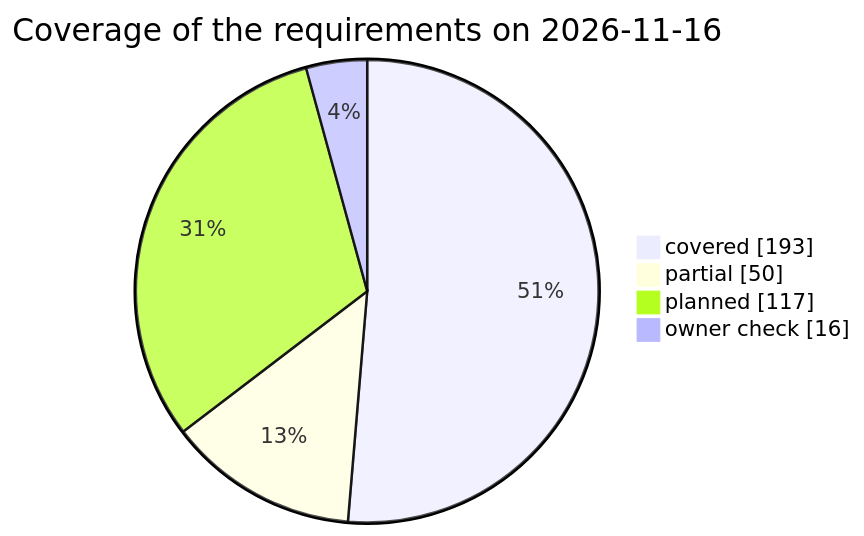
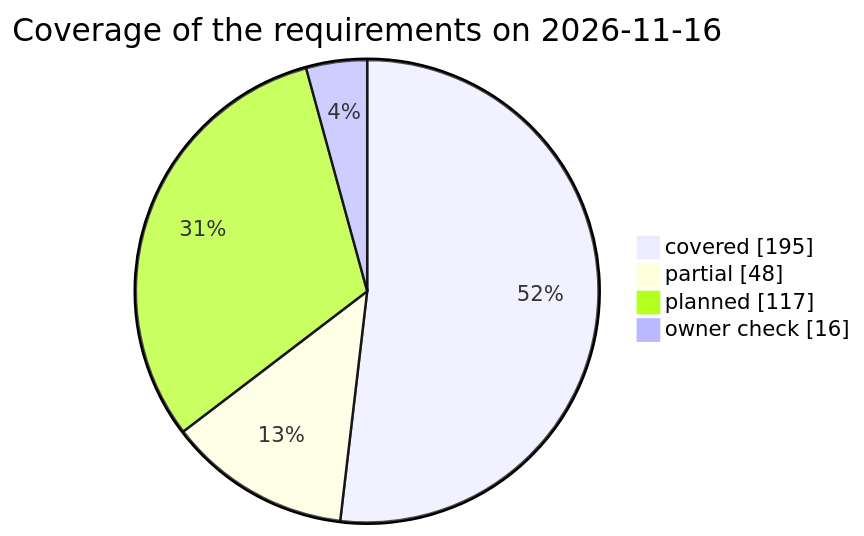
Before and after one commit to qa-io-vn/fnb-manager: the third of 3 diagrams in docs/test-plan.md, drawn with Mermaid. The commit also changed other lines of this file and 60 other files, not shown here.

````diff
--- a/docs/test-plan.md
+++ b/docs/test-plan.md
@@ -881,8 +885,8 @@
 ```mermaid
 pie showData
     title Coverage of the requirements on 2026-11-16
-    "covered" : 193
-    "partial" : 50
+    "covered" : 195
+    "partial" : 48
     "planned" : 117
     "owner check" : 16
 ```
````
